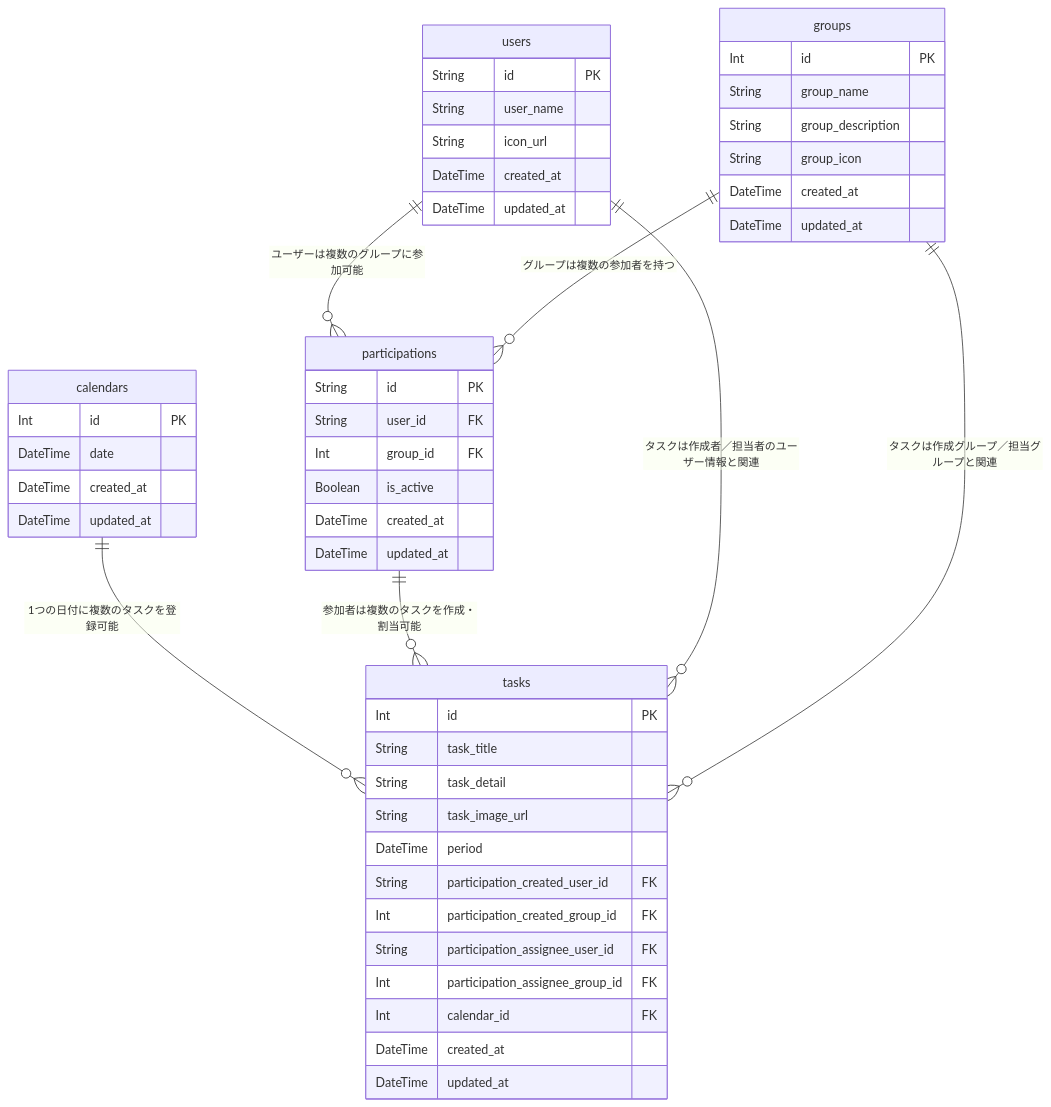
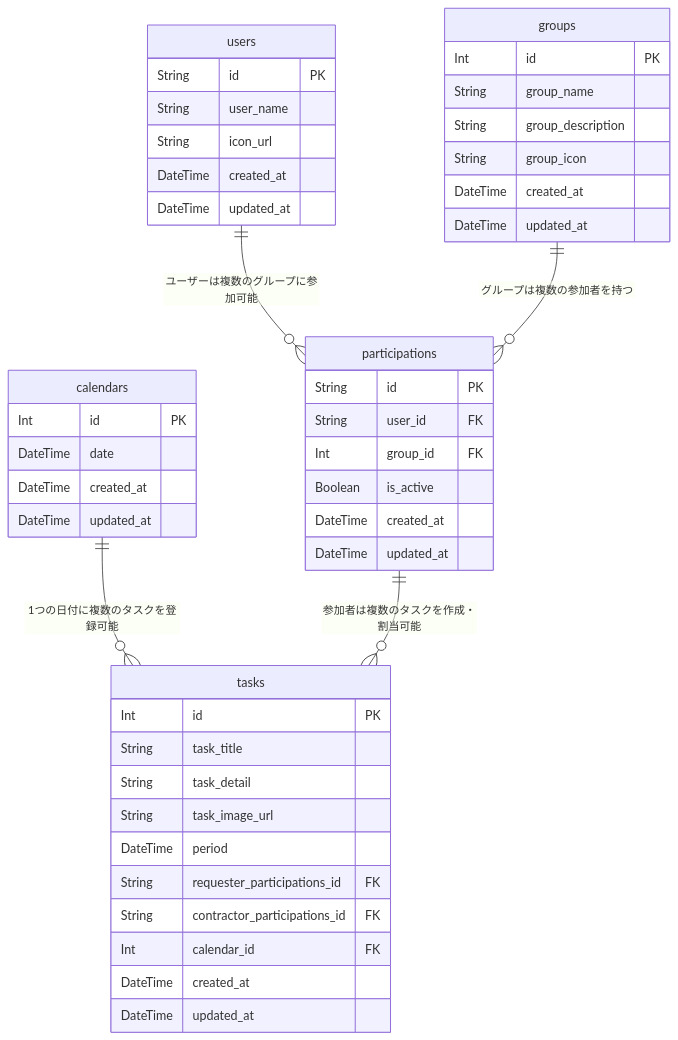
The diagram in README.md (hiroyuki20010323/portfolio), drawn with Mermaid before and after one commit.

Commit message:
[update]readmeを修正

````diff
--- a/README.md
+++ b/README.md
@@ -74,56 +74,51 @@
 ```mermaid
 erDiagram
     users {
         String id PK
         String user_name
         String icon_url
         DateTime created_at
         DateTime updated_at
     }
     groups {
         Int id PK
         String group_name
         String group_description
         String group_icon
         DateTime created_at
         DateTime updated_at
     }
     participations {
         String id PK
         String user_id FK
         Int group_id FK
         Boolean is_active
         DateTime created_at
         DateTime updated_at
     }
     calendars {
         Int id PK
         DateTime date
         DateTime created_at
         DateTime updated_at
     }
     tasks {
         Int id PK
         String task_title
         String task_detail
         String task_image_url
         DateTime period
-        String participation_created_user_id FK
-        Int participation_created_group_id FK
-        String participation_assignee_user_id FK
-        Int participation_assignee_group_id FK
+        String requester_participations_id FK
+        String contractor_participations_id FK
         Int calendar_id FK
         DateTime created_at
         DateTime updated_at
     }
 
 %% 既存のリレーションシップ
     users ||--o{ participations : "ユーザーは複数のグループに参加可能"
     groups ||--o{ participations : "グループは複数の参加者を持つ"
     calendars ||--o{ tasks : "1つの日付に複数のタスクを登録可能"
     participations ||--o{ tasks : "参加者は複数のタスクを作成・割当可能"
 
-    %% タスクとユーザー／グループ間の直接的な関係（概念上の関連）
-    users ||--o{ tasks : "タスクは作成者／担当者のユーザー情報と関連"
-    groups ||--o{ tasks : "タスクは作成グループ／担当グループと関連"
 ```
````
